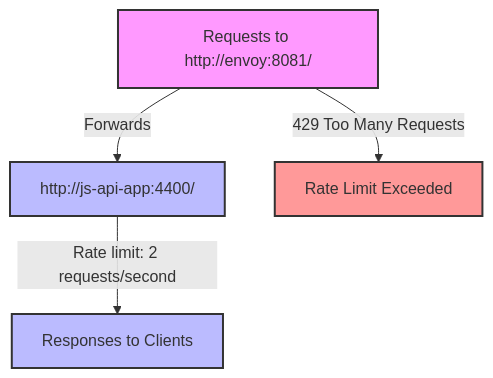
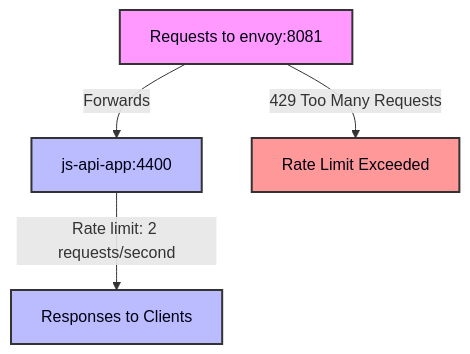
One commit to ThisIsDemetrio/experiments-with-envoy changed the diagram in envoy-rate-limiter/README.md. Above: the diagram before and after it, drawn with Mermaid.

Commit message:
fix: readme on envoy-rate-limiter

````diff
--- a/envoy-rate-limiter/README.md
+++ b/envoy-rate-limiter/README.md
@@ -19,11 +19,11 @@
 ```mermaid
 graph TD;
-    A[Requests to http://envoy:8081/] -->|Forwards| B[http://js-api-app:4400/]
+    A[Requests to envoy:8081] -->|Forwards| B[js-api-app:4400]
     B -->|Rate limit: 2 requests/second| C[Responses to Clients]
     A -->|429 Too Many Requests| D[Rate Limit Exceeded]
     
-    style A fill:#f9f,stroke:#333,stroke-width:2px;
-    style B fill:#bbf,stroke:#333,stroke-width:2px;
-    style C fill:#bbf,stroke:#333,stroke-width:2px;
-    style D fill:#f99,stroke:#333,stroke-width:2px;
+    style A fill:#f9f,color:#001,stroke:#333,stroke-width:2px;
+    style B fill:#bbf,color:#001,stroke:#333,stroke-width:2px;
+    style C fill:#bbf,color:#001,stroke:#333,stroke-width:2px;
+    style D fill:#f99,color:#001,stroke:#333,stroke-width:2px;
 ```
````
